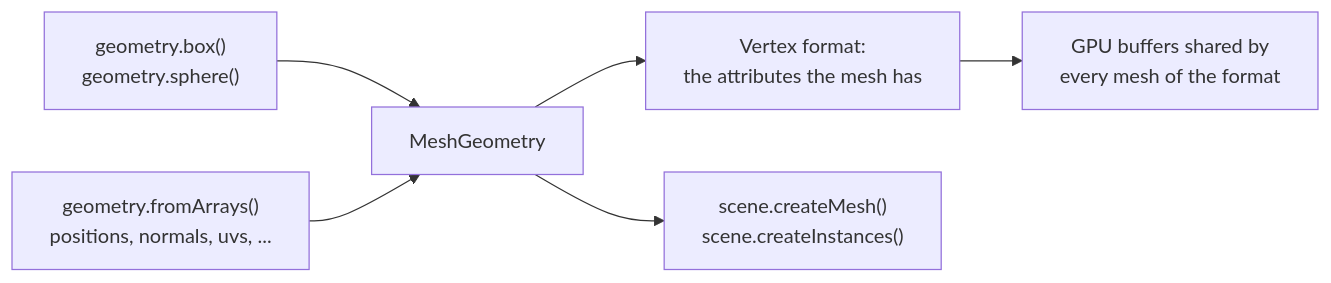
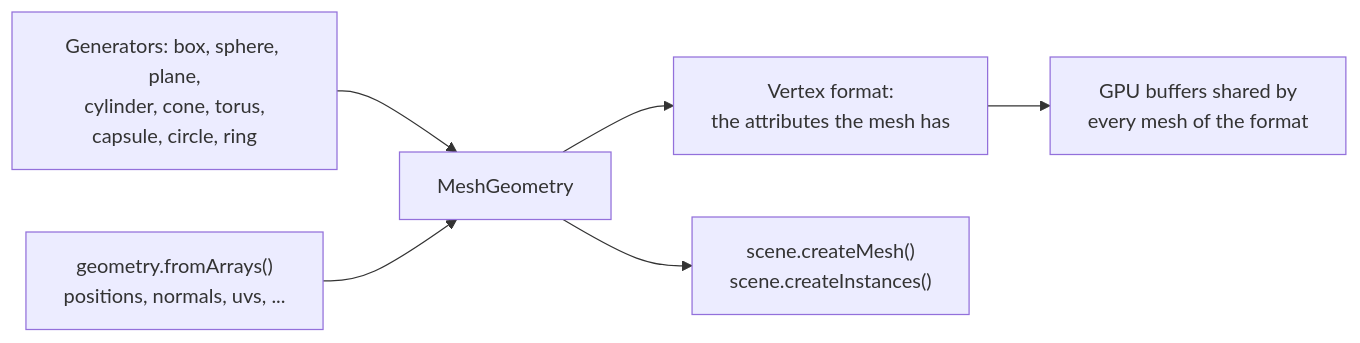
One commit to null3d-engine/null3d changed the diagram in docs/api/geometry.md. Above: the diagram before and after it, drawn with Mermaid. The commit also changed other lines of this file and 27 other files, not shown here.

````diff
--- a/docs/api/geometry.md
+++ b/docs/api/geometry.md
@@ -13,8 +13,8 @@
 ```mermaid
 flowchart LR
-    gen["geometry.box()<br/>geometry.sphere()"] --> mesh["MeshGeometry"]
+    gen["Generators: box, sphere, plane,<br/>cylinder, cone, torus,<br/>capsule, circle, ring"] --> mesh["MeshGeometry"]
     arrays["geometry.fromArrays()<br/>positions, normals, uvs, ..."] --> mesh
     mesh --> format["Vertex format:<br/>the attributes the mesh has"]
     format --> pages["GPU buffers shared by<br/>every mesh of the format"]
     mesh --> objects["scene.createMesh()<br/>scene.createInstances()"]
 ```
````
